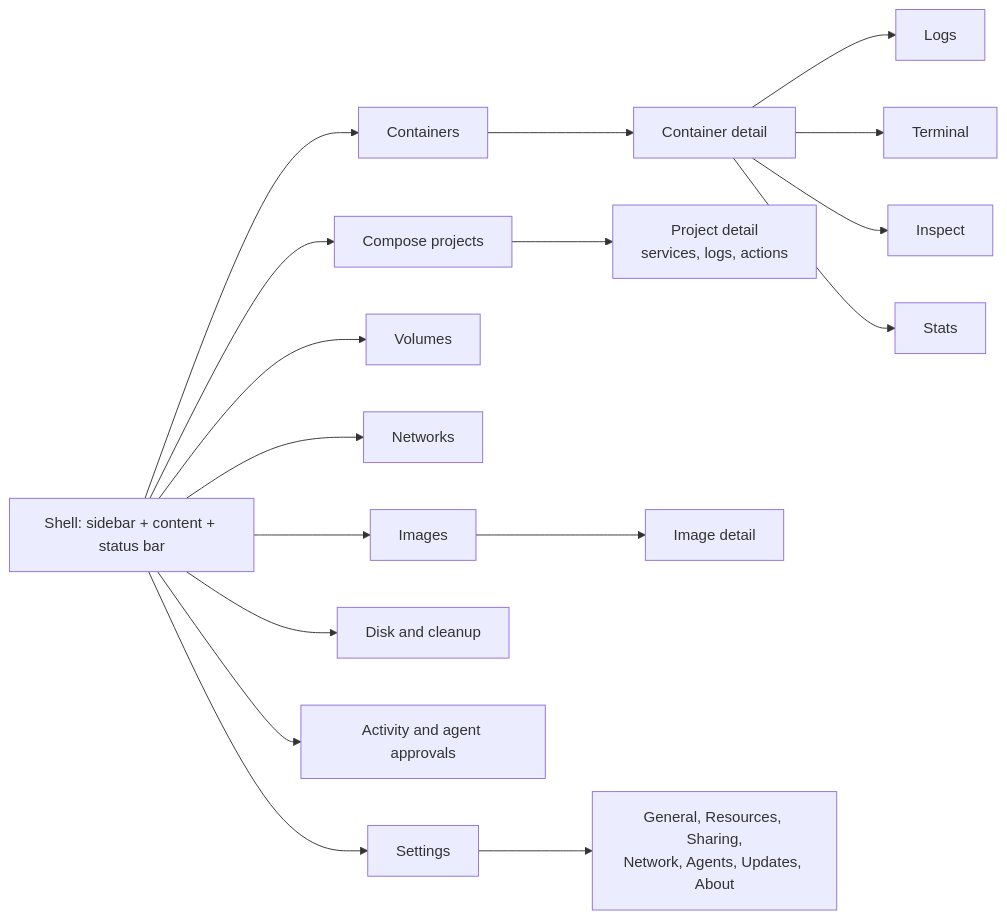
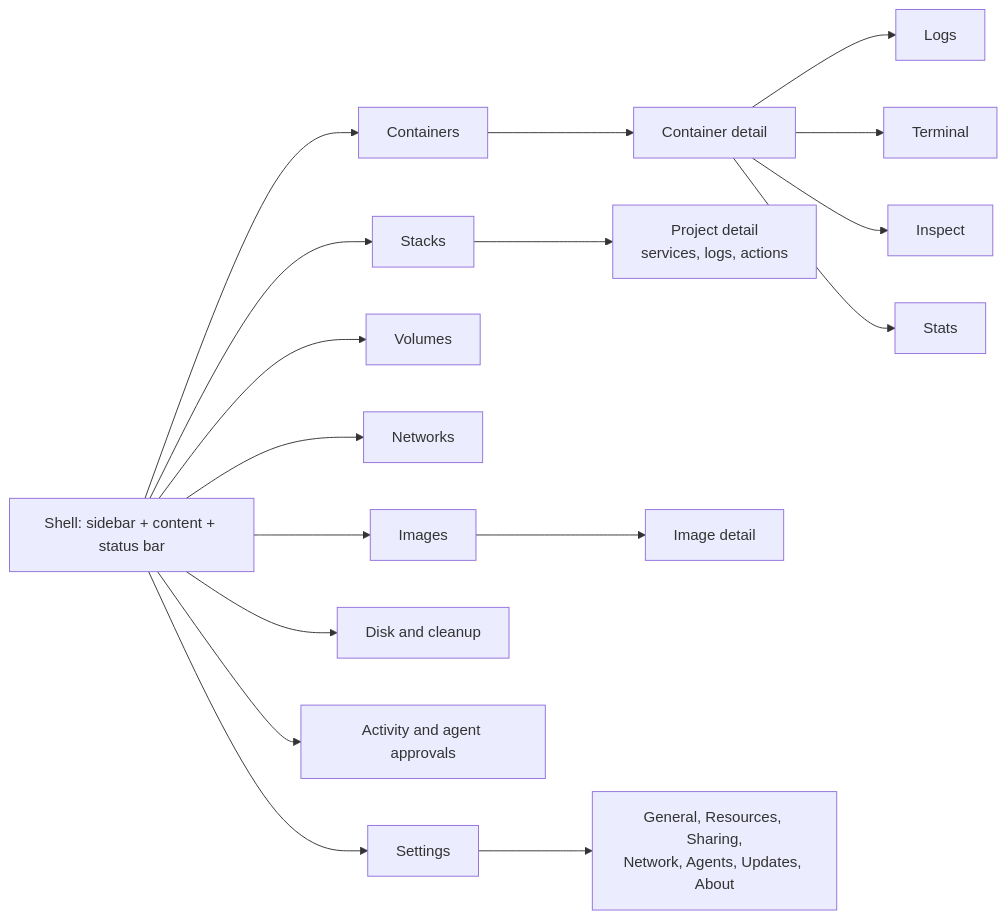
Before and after one commit to nasraldin/marsa: the fifth of 5 diagrams in docs/08-gui.md, drawn with Mermaid. The commit also changed other lines of this file and 26 other files, not shown here.

````diff
--- a/docs/08-gui.md
+++ b/docs/08-gui.md
@@ -199,21 +199,21 @@
 ```mermaid
 flowchart LR
     shell["Shell: sidebar + content + status bar"]
     shell --> ctr["Containers"]
     shell --> img["Images"]
     shell --> vol["Volumes"]
     shell --> net["Networks"]
-    shell --> cmp["Compose projects"]
+    shell --> cmp["Stacks"]
     shell --> dsk["Disk and cleanup"]
     shell --> act["Activity and agent approvals"]
     shell --> set["Settings"]
 
     ctr --> cd["Container detail"]
     cd --> logs["Logs"]
     cd --> term["Terminal"]
     cd --> insp["Inspect"]
     cd --> stats["Stats"]
     cmp --> cpd["Project detail<br/>services, logs, actions"]
     img --> imd["Image detail"]
     set --> s1["General, Resources, Sharing,<br/>Network, Agents, Updates, About"]
 ```
````
